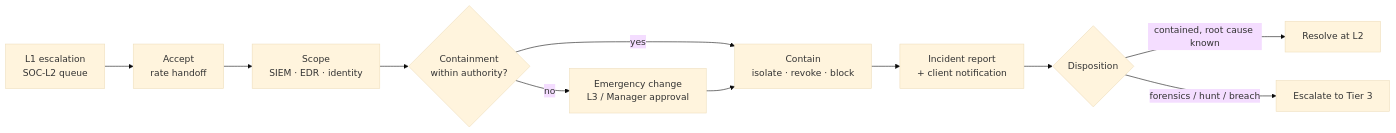
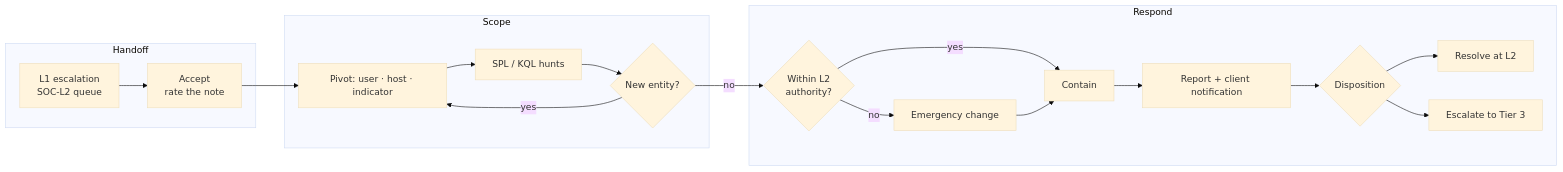
Before and after one commit to aniknohan/soc-l2-incident-response-lab: the diagram in README.md, drawn with Mermaid (base theme). The commit also changed other lines of this file and 14 other files, not shown here.

Commit message:
Restructure documentation into numbered series, add workflow diagram and expand README

````diff
--- a/README.md
+++ b/README.md
@@ -60,13 +115,21 @@
 ```mermaid
 flowchart LR
-    A["L1 escalation<br/>SOC-L2 queue"] --> B["Accept<br/>rate handoff"]
-    B --> C["Scope<br/>SIEM · EDR · identity"]
-    C --> D{"Containment<br/>within authority?"}
-    D -- yes --> E["Contain<br/>isolate · revoke · block"]
-    D -- no --> F["Emergency change<br/>L3 / Manager approval"]
-    F --> E
-    E --> G["Incident report<br/>+ client notification"]
-    G --> H{"Disposition"}
-    H -- contained, root cause known --> I["Resolve at L2"]
-    H -- forensics / hunt / breach --> J["Escalate to Tier 3"]
+    subgraph H["Handoff"]
+        A["L1 escalation<br/>SOC-L2 queue"] --> B["Accept<br/>rate the note"]
+    end
+    subgraph S["Scope"]
+        C["Pivot: user · host · indicator"] --> D["SPL / KQL hunts"]
+        D --> E{"New entity?"}
+        E -- yes --> C
+    end
+    subgraph R["Respond"]
+        F{"Within L2<br/>authority?"} -- yes --> G["Contain"]
+        F -- no --> X["Emergency change"] --> G
+        G --> I["Report + client notification"]
+        I --> J{"Disposition"}
+        J --> K["Resolve at L2"]
+        J --> L["Escalate to Tier 3"]
+    end
+    B --> C
+    E -- no --> F
 ```
````
